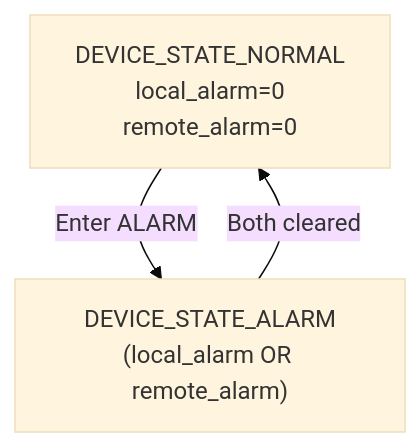
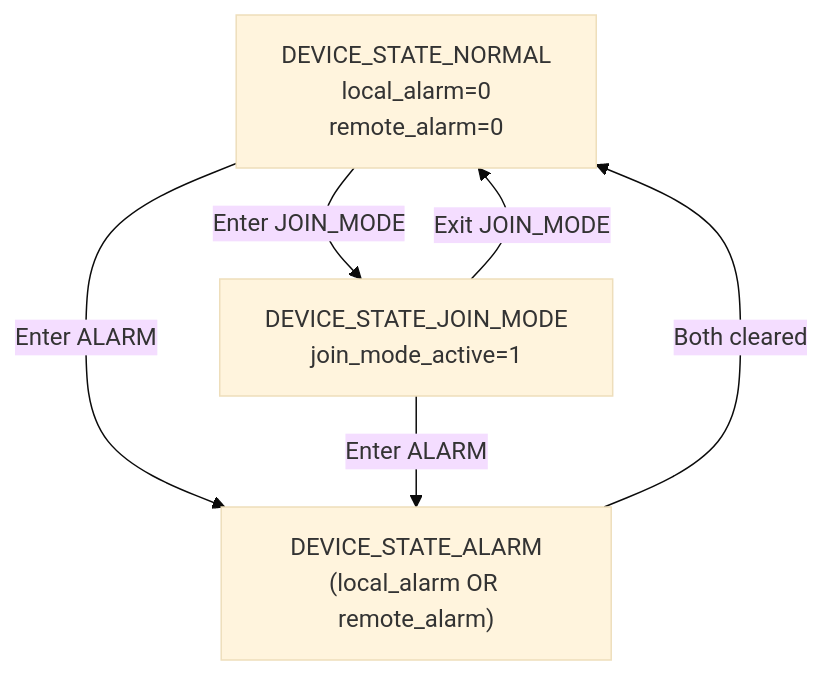
Before and after one commit to vuvantruong120896/emic_lora_protocol: the third of 11 diagrams in EMIC_LORA_PROTOCOL/docs/main_runtime_flow.md, drawn with Mermaid (base theme). The commit also changed other lines of this file and 6 other files, not shown here.

````diff
--- a/EMIC_LORA_PROTOCOL/docs/main_runtime_flow.md
+++ b/EMIC_LORA_PROTOCOL/docs/main_runtime_flow.md
@@ -122,8 +147,12 @@
 ```mermaid
 flowchart TD
   N["DEVICE_STATE_NORMAL<br/>local_alarm=0<br/>remote_alarm=0"]
+  J["DEVICE_STATE_JOIN_MODE<br/>join_mode_active=1"]
   A["DEVICE_STATE_ALARM<br/>(local_alarm OR remote_alarm)"]
 
+  N -->|"Enter JOIN_MODE"| J
+  J -->|"Exit JOIN_MODE"| N
   N -->|"Enter ALARM"| A
+  J -->|"Enter ALARM"| A
   A -->|"Both cleared"| N
 ```
````
